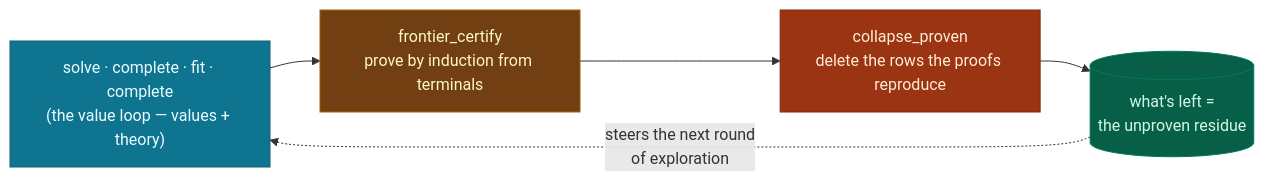
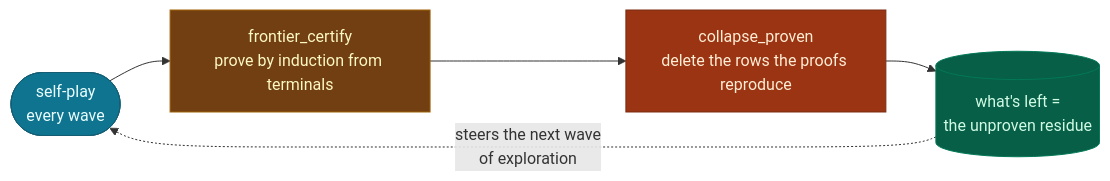
One commit to MatheweB/WiseExplorer changed the diagram in docs/certified-forgetting.md. Above: the diagram before and after it, drawn with Mermaid. The commit also changed other lines of this file and 3 other files, not shown here.

````diff
--- a/docs/certified-forgetting.md
+++ b/docs/certified-forgetting.md
@@ -26,11 +28,11 @@
 ```mermaid
 flowchart LR
     classDef ev fill:#0e7490,stroke:#155e75,color:#ecfeff
     classDef di fill:#065f46,stroke:#047857,color:#d1fae5
     classDef pr fill:#713f12,stroke:#a16207,color:#fef9c3
     classDef cut fill:#9a3412,stroke:#7c2d12,color:#ffedd5
-    S["solve · complete · fit · complete<br/>(the value loop — values + theory)"]:::ev --> F["frontier_certify<br/>prove by induction from terminals"]:::pr
+    P(["self-play<br/>every wave"]):::ev --> F["frontier_certify<br/>prove by induction from terminals"]:::pr
     F --> C["collapse_proven<br/>delete the rows the proofs reproduce"]:::cut
     C --> M[("what's left =<br/>the unproven residue")]:::di
-    M -.->|"steers the next round<br/>of exploration"| S
+    M -.->|"steers the next wave<br/>of exploration"| P
 ```
````
